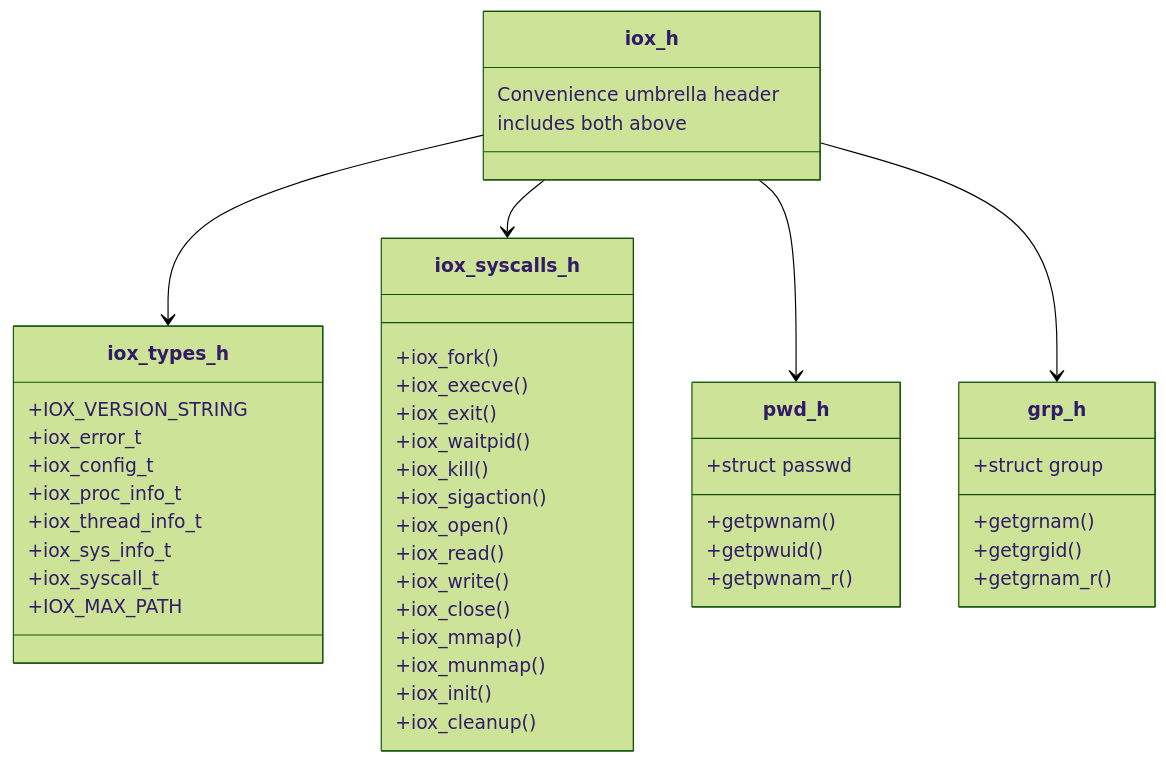
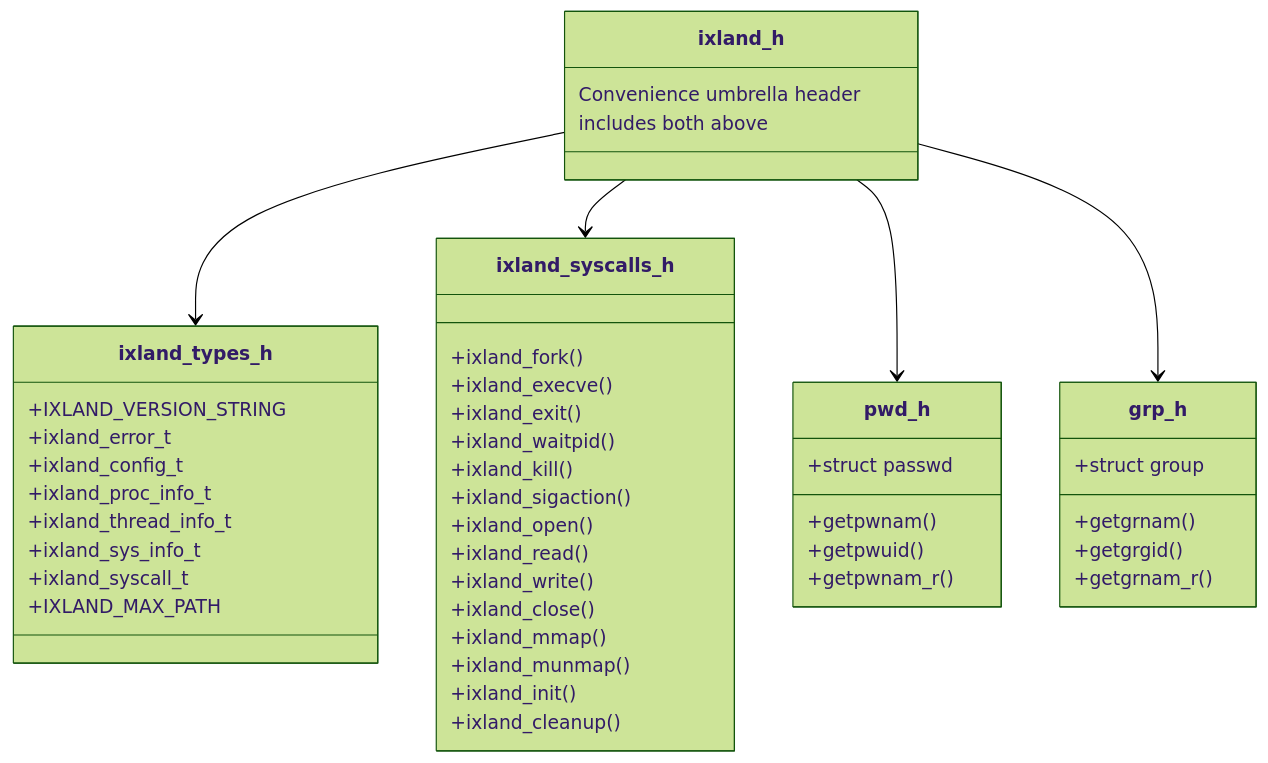
Before and after one commit to rudironsoni/ixland: diagram 14 of 15 in docs/ARCHITECTURE_POST_MISSION.md, drawn with Mermaid (forest theme). The commit also changed other lines of this file and 268 other files, not shown here.

Commit message:
refactor(naming): migrate remaining iox identifiers to ixland

````diff
--- a/docs/ARCHITECTURE_POST_MISSION.md
+++ b/docs/ARCHITECTURE_POST_MISSION.md
@@ -602,54 +602,54 @@
 ```mermaid
 classDiagram
-    class iox_types_h {
-        +IOX_VERSION_STRING
-        +iox_error_t
-        +iox_config_t
-        +iox_proc_info_t
-        +iox_thread_info_t
-        +iox_sys_info_t
-        +iox_syscall_t
-        +IOX_MAX_PATH
+    class ixland_types_h {
+        +IXLAND_VERSION_STRING
+        +ixland_error_t
+        +ixland_config_t
+        +ixland_proc_info_t
+        +ixland_thread_info_t
+        +ixland_sys_info_t
+        +ixland_syscall_t
+        +IXLAND_MAX_PATH
     }
 
-    class iox_syscalls_h {
-        +iox_fork()
-        +iox_execve()
-        +iox_exit()
-        +iox_waitpid()
-        +iox_kill()
-        +iox_sigaction()
-        +iox_open()
-        +iox_read()
-        +iox_write()
-        +iox_close()
-        +iox_mmap()
-        +iox_munmap()
-        +iox_init()
-        +iox_cleanup()
+    class ixland_syscalls_h {
+        +ixland_fork()
+        +ixland_execve()
+        +ixland_exit()
+        +ixland_waitpid()
+        +ixland_kill()
+        +ixland_sigaction()
+        +ixland_open()
+        +ixland_read()
+        +ixland_write()
+        +ixland_close()
+        +ixland_mmap()
+        +ixland_munmap()
+        +ixland_init()
+        +ixland_cleanup()
     }
 
-    class iox_h {
+    class ixland_h {
         Convenience umbrella header
         includes both above
     }
 
     class pwd_h {
         +getpwnam()
         +getpwuid()
         +getpwnam_r()
         +struct passwd
     }
 
     class grp_h {
         +getgrnam()
         +getgrgid()
         +getgrnam_r()
         +struct group
     }
 
-    iox_h --> iox_types_h
-    iox_h --> iox_syscalls_h
-    iox_h --> pwd_h
-    iox_h --> grp_h
+    ixland_h --> ixland_types_h
+    ixland_h --> ixland_syscalls_h
+    ixland_h --> pwd_h
+    ixland_h --> grp_h
 ```
````
